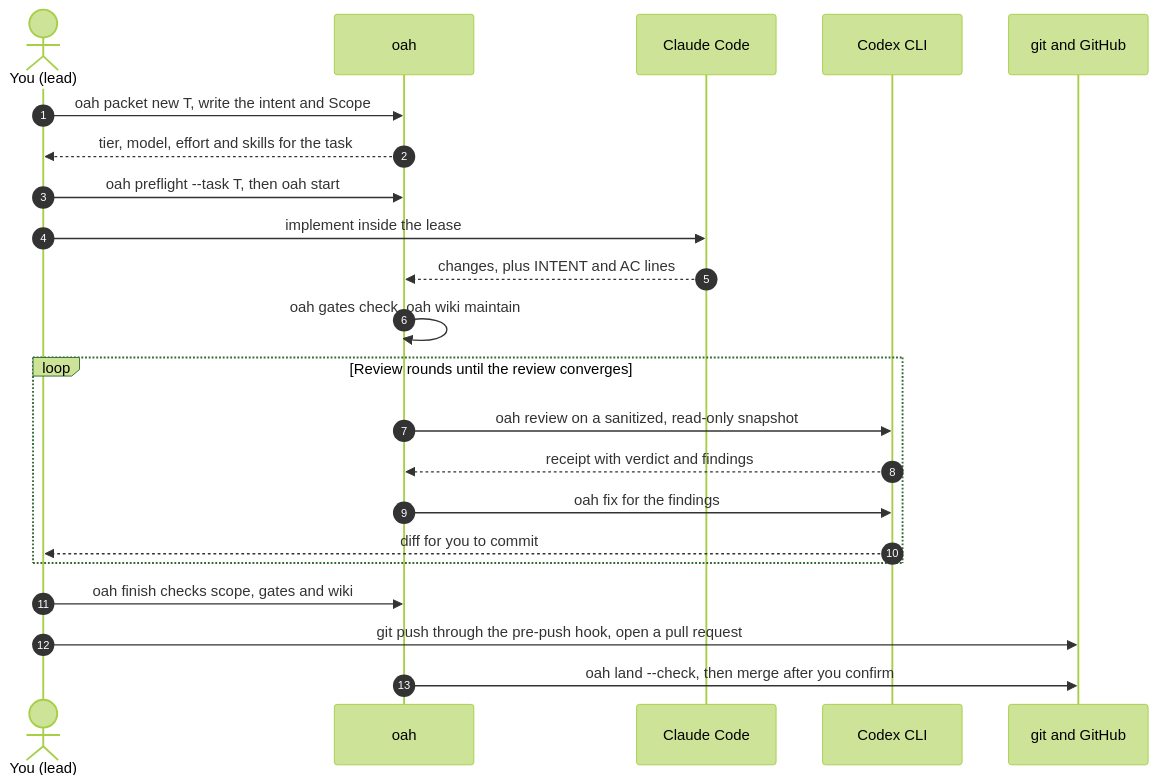
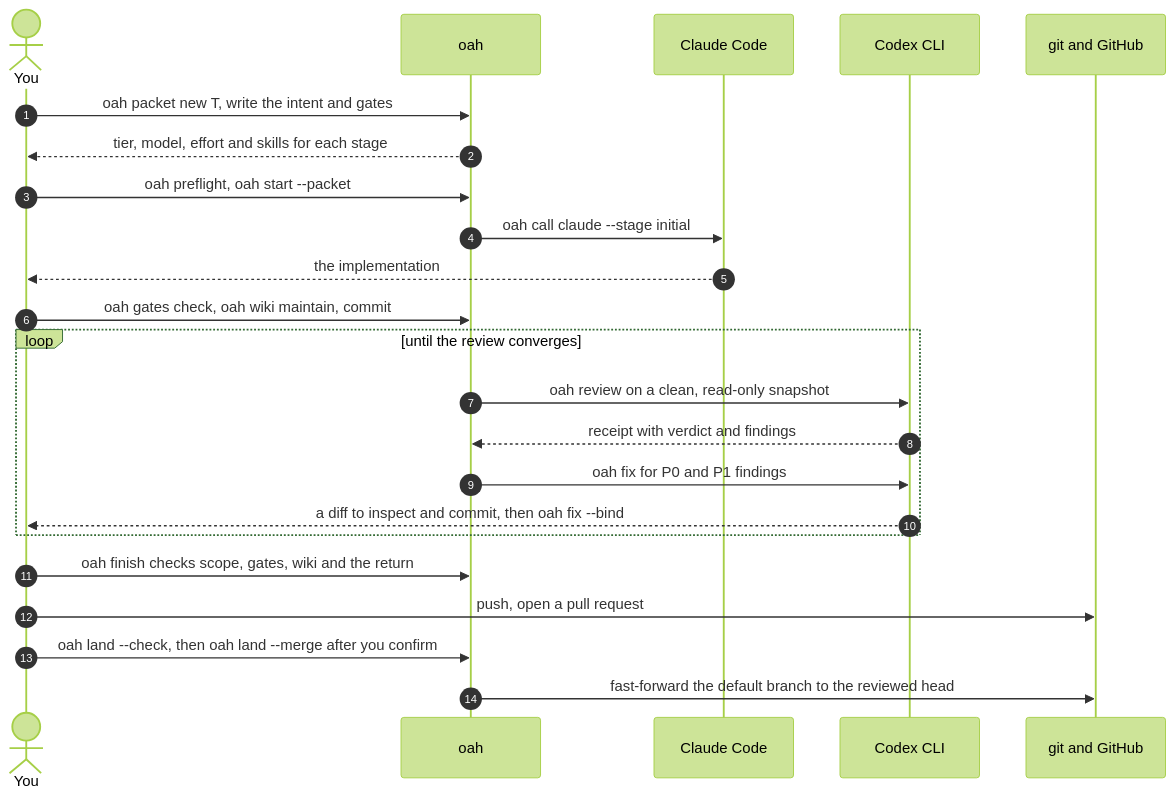
The diagram in README.md (KenSuh/open-agent-harness), drawn with Mermaid (forest theme) before and after one commit. The commit also changed other lines of this file, not shown here.

````diff
--- a/README.md
+++ b/README.md
@@ -191,25 +142,26 @@
 ```mermaid
 sequenceDiagram
     autonumber
-    actor You as You (lead)
+    actor You
     participant O as oah
     participant C as Claude Code
     participant X as Codex CLI
     participant G as git and GitHub
 
-    You->>O: oah packet new T, write the intent and Scope
-    O-->>You: tier, model, effort and skills for the task
-    You->>O: oah preflight --task T, then oah start
-    You->>C: implement inside the lease
-    C-->>O: changes, plus INTENT and AC lines
-    O->>O: oah gates check, oah wiki maintain
-    loop Review rounds until the review converges
-        O->>X: oah review on a sanitized, read-only snapshot
+    You->>O: oah packet new T, write the intent and gates
+    O-->>You: tier, model, effort and skills for each stage
+    You->>O: oah preflight, oah start --packet
+    O->>C: oah call claude --stage initial
+    C-->>You: the implementation
+    You->>O: oah gates check, oah wiki maintain, commit
+    loop until the review converges
+        O->>X: oah review on a clean, read-only snapshot
         X-->>O: receipt with verdict and findings
-        O->>X: oah fix for the findings
-        X-->>You: diff for you to commit
+        O->>X: oah fix for P0 and P1 findings
+        X-->>You: a diff to inspect and commit, then oah fix --bind
     end
-    You->>O: oah finish checks scope, gates and wiki
-    You->>G: git push through the pre-push hook, open a pull request
-    O->>G: oah land --check, then merge after you confirm
+    You->>O: oah finish checks scope, gates, wiki and the return
+    You->>G: push, open a pull request
+    You->>O: oah land --check, then oah land --merge after you confirm
+    O->>G: fast-forward the default branch to the reviewed head
 ```
````
